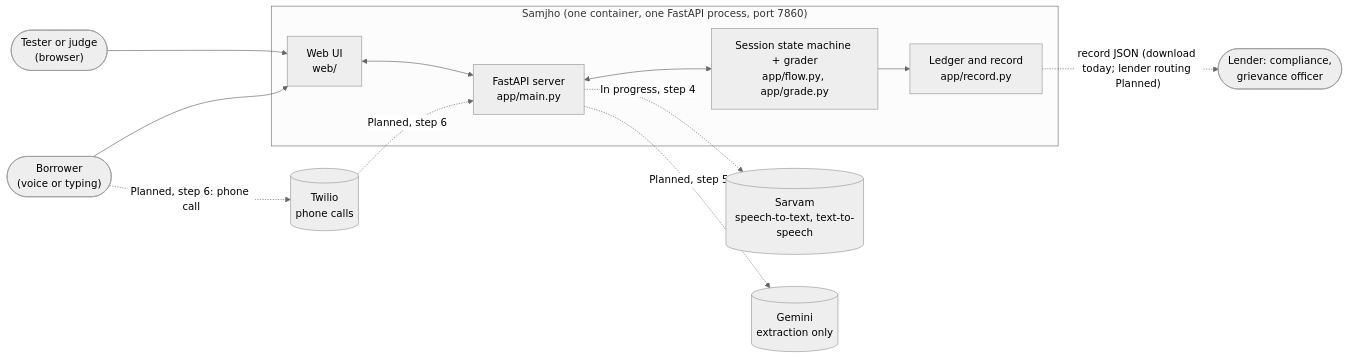
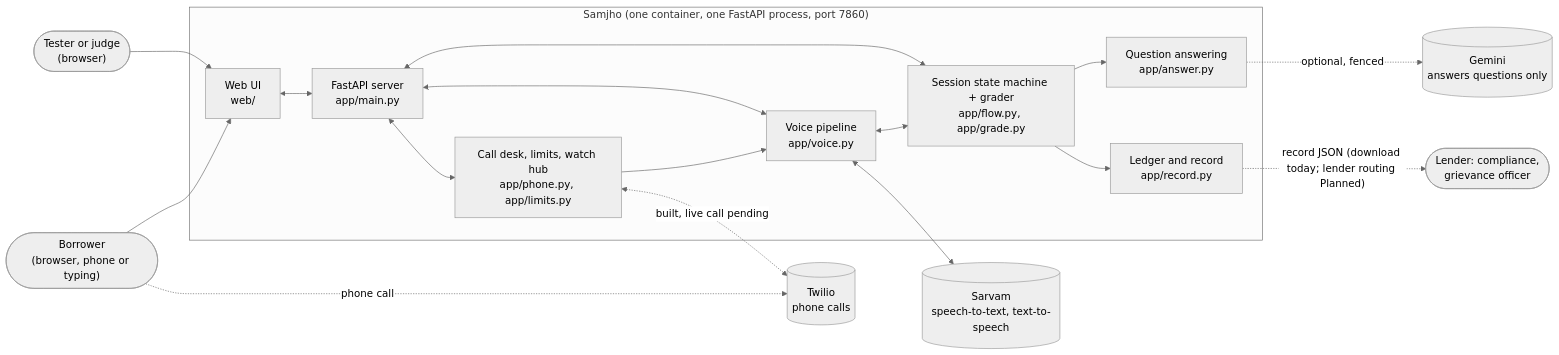
Before and after one commit to Adwaith-R-Nair/Samjho: the first of 4 diagrams in docs/HLD.md, drawn with Mermaid (neutral theme). The commit also changed other lines of this file and 5 other files, not shown here.

First line of the commit message:
docs: bring the PRD, roadmap and designs up to the phone call

````diff
--- a/docs/HLD.md
+++ b/docs/HLD.md
@@ -22,28 +26,36 @@
 ```mermaid
 flowchart LR
-    borrower(["Borrower<br/>(voice or typing)"])
-    judge(["Tester or judge<br/>(browser)"])
+    borrower(["Borrower<br/>(browser, phone or typing)"])
+    tester(["Tester or judge<br/>(browser)"])
     lender(["Lender: compliance,<br/>grievance officer"])
 
     subgraph samjho["Samjho (one container, one FastAPI process, port 7860)"]
         ui["Web UI<br/>web/"]
         server["FastAPI server<br/>app/main.py"]
+        voice["Voice pipeline<br/>app/voice.py"]
+        phone["Call desk, limits, watch hub<br/>app/phone.py, app/limits.py"]
         core["Session state machine + grader<br/>app/flow.py, app/grade.py"]
+        answer["Question answering<br/>app/answer.py"]
         ledger["Ledger and record<br/>app/record.py"]
     end
 
     sarvam[("Sarvam<br/>speech-to-text, text-to-speech")]
-    gemini[("Gemini<br/>extraction only")]
+    gemini[("Gemini<br/>answers questions only")]
     twilio[("Twilio<br/>phone calls")]
 
-    judge --> ui
+    tester --> ui
     borrower --> ui
     ui <--> server
     server <--> core
+    server <--> voice
+    server <--> phone
+    phone --> voice
+    voice <--> core
+    voice <--> sarvam
+    core --> answer
+    answer -. "optional, fenced" .-> gemini
     core --> ledger
-    server -. "In progress, step 4" .-> sarvam
-    server -. "Planned, step 5" .-> gemini
-    borrower -. "Planned, step 6: phone call" .-> twilio
-    twilio -. "Planned, step 6" .-> server
+    phone <-. "built, live call pending" .-> twilio
+    borrower -. "phone call" .-> twilio
     ledger -. "record JSON (download today; lender routing Planned)" .-> lender
 ```
````
